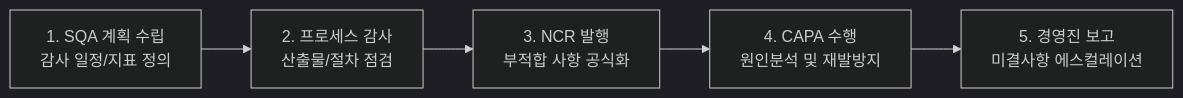
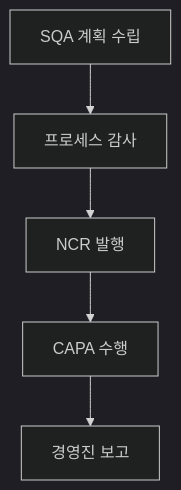
Before and after one commit to agnusdei1207/study: the second of 2 diagrams in src/content/docs/notes/itpe/02-software-engineering/060_quality_assurance.md, drawn with Mermaid (dark theme). The commit also changed other lines of this file and 219 other files, not shown here.

````diff
--- a/src/content/docs/notes/itpe/02-software-engineering/060_quality_assurance.md
+++ b/src/content/docs/notes/itpe/02-software-engineering/060_quality_assurance.md
@@ -140,7 +87,7 @@
 ```mermaid
-flowchart LR
-    A["1. SQA 계획 수립<br/>감사 일정/지표 정의"] --> B["2. 프로세스 감사<br/>산출물/절차 점검"]
-    B --> C["3. NCR 발행<br/>부적합 사항 공식화"]
-    C --> D["4. CAPA 수행<br/>원인분석 및 재발방지"]
-    D --> E["5. 경영진 보고<br/>미결사항 에스컬레이션"]
+flowchart TB
+    A["SQA 계획 수립"] --> B["프로세스 감사"]
+    B --> C["NCR 발행"]
+    C --> D["CAPA 수행"]
+    D --> E["경영진 보고"]
 ```
````
